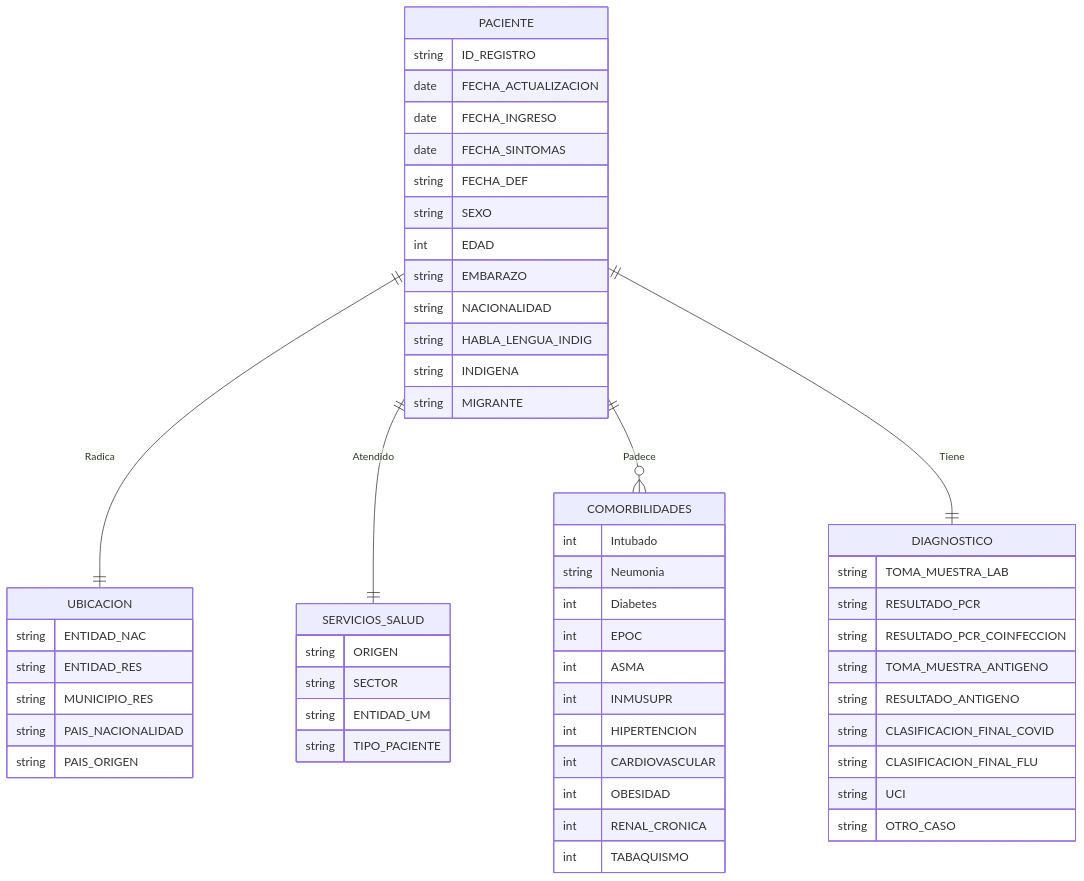
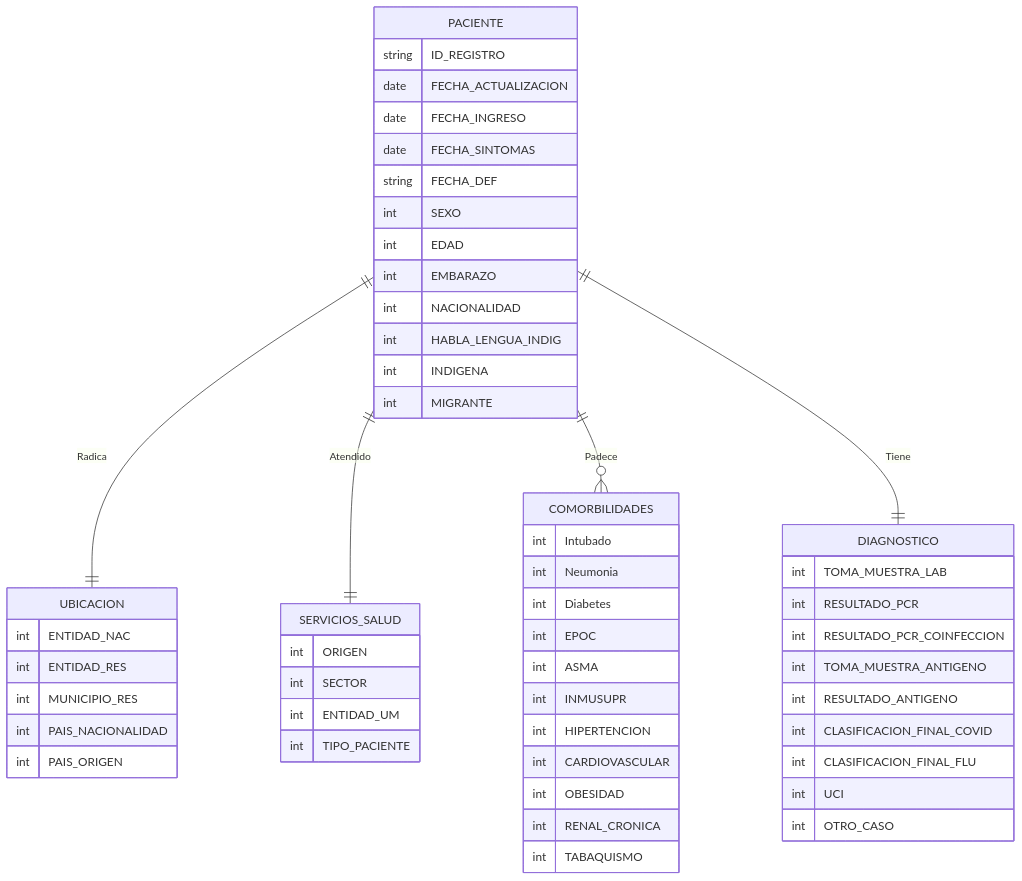
The diagram in Tarea2_EntidadRelacion.md (Gus-oss/MCD_BDR_2025), drawn with Mermaid before and after one commit. The commit also changed other lines of this file, not shown here.

Commit message:
cambios en variables

`````diff
--- a/Tarea2_EntidadRelacion.md
+++ b/Tarea2_EntidadRelacion.md
@@ -10,72 +10,72 @@
 ```mermaid
 erDiagram
     PACIENTE ||--|| UBICACION : Radica
     PACIENTE ||-- || SERVICIOS_SALUD: Atendido
     PACIENTE ||--o{ COMORBILIDADES : Padece 
     PACIENTE ||-- || DIAGNOSTICO: Tiene
     PACIENTE {
         string ID_REGISTRO
         date FECHA_ACTUALIZACION
         date FECHA_INGRESO 
         date FECHA_SINTOMAS
         string FECHA_DEF
-        string SEXO    
+        int SEXO    
         int EDAD
-        string EMBARAZO
-        string NACIONALIDAD
-        string HABLA_LENGUA_INDIG
-        string INDIGENA
-        string MIGRANTE    
+        int EMBARAZO
+        int NACIONALIDAD
+        int HABLA_LENGUA_INDIG
+        int INDIGENA
+        int MIGRANTE    
 
     }
 
     UBICACION
     UBICACION {
-        string ENTIDAD_NAC
-        string ENTIDAD_RES
-        string MUNICIPIO_RES
-        string PAIS_NACIONALIDAD
-        string PAIS_ORIGEN
+        int ENTIDAD_NAC
+        int ENTIDAD_RES
+        int MUNICIPIO_RES
+        int PAIS_NACIONALIDAD
+        int PAIS_ORIGEN
 
     }
 
     SERVICIOS_SALUD
     SERVICIOS_SALUD {
-        string ORIGEN
-        string SECTOR
-        string ENTIDAD_UM
-        string TIPO_PACIENTE
+        int ORIGEN
+        int SECTOR
+        int ENTIDAD_UM
+        int TIPO_PACIENTE
 
 
     }
 
     COMORBILIDADES  
     COMORBILIDADES  {
         int Intubado
-        string Neumonia
+        int Neumonia
         int Diabetes
         int EPOC
         int ASMA
         int INMUSUPR
         int HIPERTENCION
         int CARDIOVASCULAR
         int OBESIDAD
         int RENAL_CRONICA
         int TABAQUISMO
     }
 
     DIAGNOSTICO
     DIAGNOSTICO {
-        string TOMA_MUESTRA_LAB
-        string  RESULTADO_PCR 
-        string RESULTADO_PCR_COINFECCION
-        string TOMA_MUESTRA_ANTIGENO
-        string RESULTADO_ANTIGENO
-        string CLASIFICACION_FINAL_COVID
-        string CLASIFICACION_FINAL_FLU
-        string UCI
-        string OTRO_CASO
+        int TOMA_MUESTRA_LAB
+        int  RESULTADO_PCR 
+        int RESULTADO_PCR_COINFECCION
+        int TOMA_MUESTRA_ANTIGENO
+        int RESULTADO_ANTIGENO
+        int CLASIFICACION_FINAL_COVID
+        int CLASIFICACION_FINAL_FLU
+        int UCI
+        int OTRO_CASO
 
 
     }
 ````
`````
